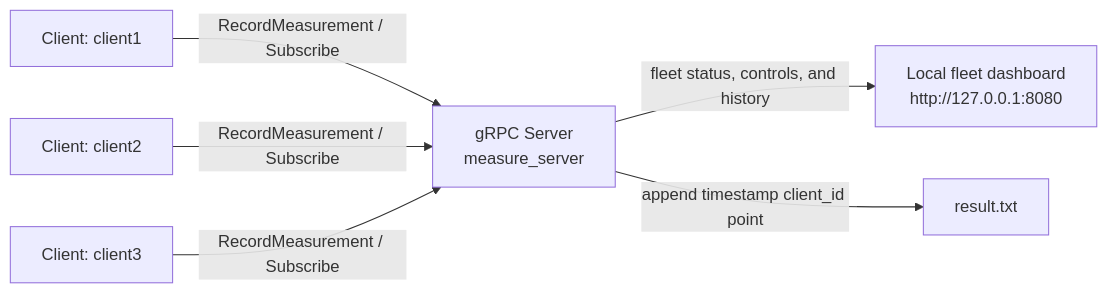
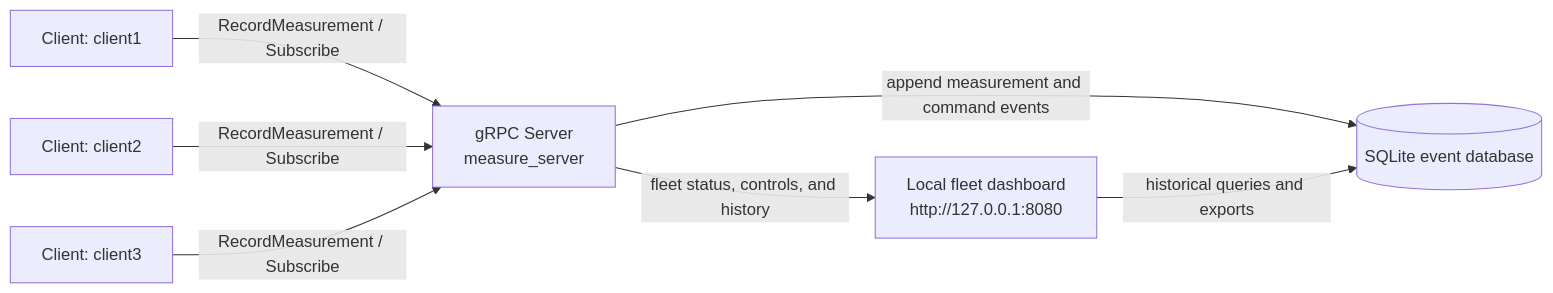
One commit to mlotti/Measure changed the diagram in README.md. Above: the diagram before and after it, drawn with Mermaid. The commit also changed other lines of this file and 13 other files, not shown here.

````diff
--- a/README.md
+++ b/README.md
@@ -19,15 +19,16 @@
 ```mermaid
 flowchart LR
   C1[Client: client1]
   C2[Client: client2]
   C3[Client: client3]
   S[gRPC Server<br/>measure_server]
   G[Local fleet dashboard<br/>http://127.0.0.1:8080]
-  F[result.txt]
+  D[(SQLite event database)]
 
   C1 -->|RecordMeasurement / Subscribe| S
   C2 -->|RecordMeasurement / Subscribe| S
   C3 -->|RecordMeasurement / Subscribe| S
   S -->|fleet status, controls, and history| G
-  S -->|append timestamp client_id point| F
+  S -->|append measurement and command events| D
+  G -->|historical queries and exports| D
 ```
````
